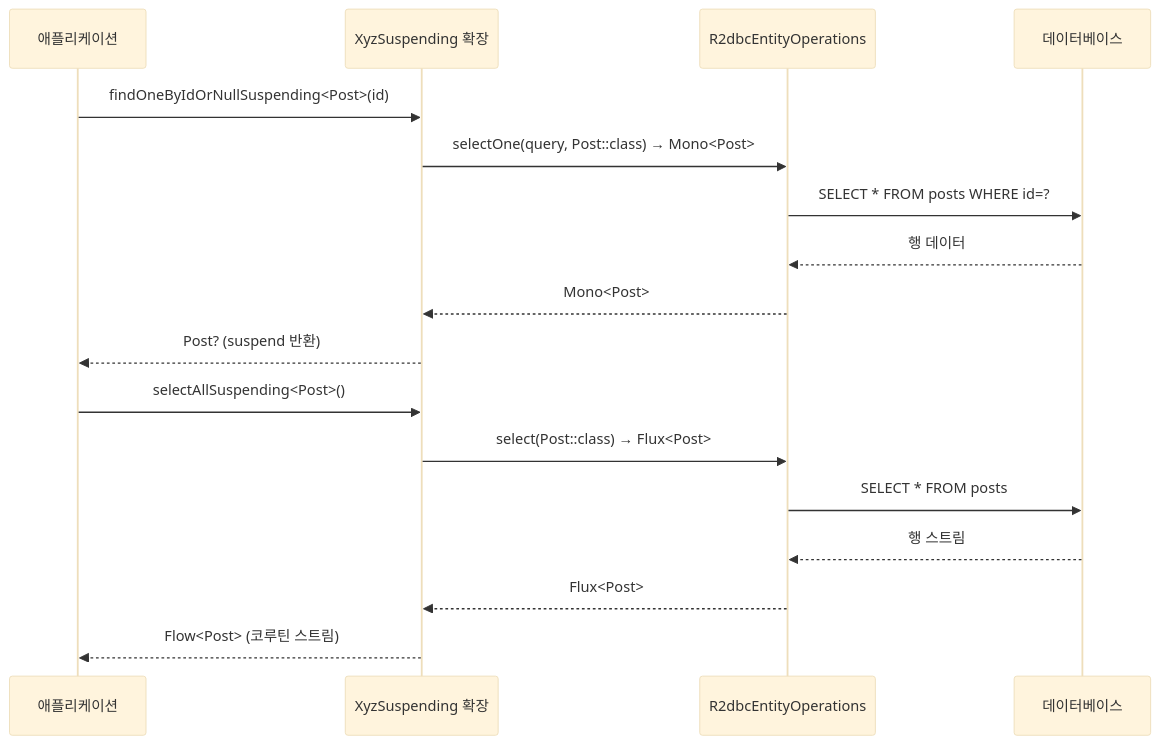
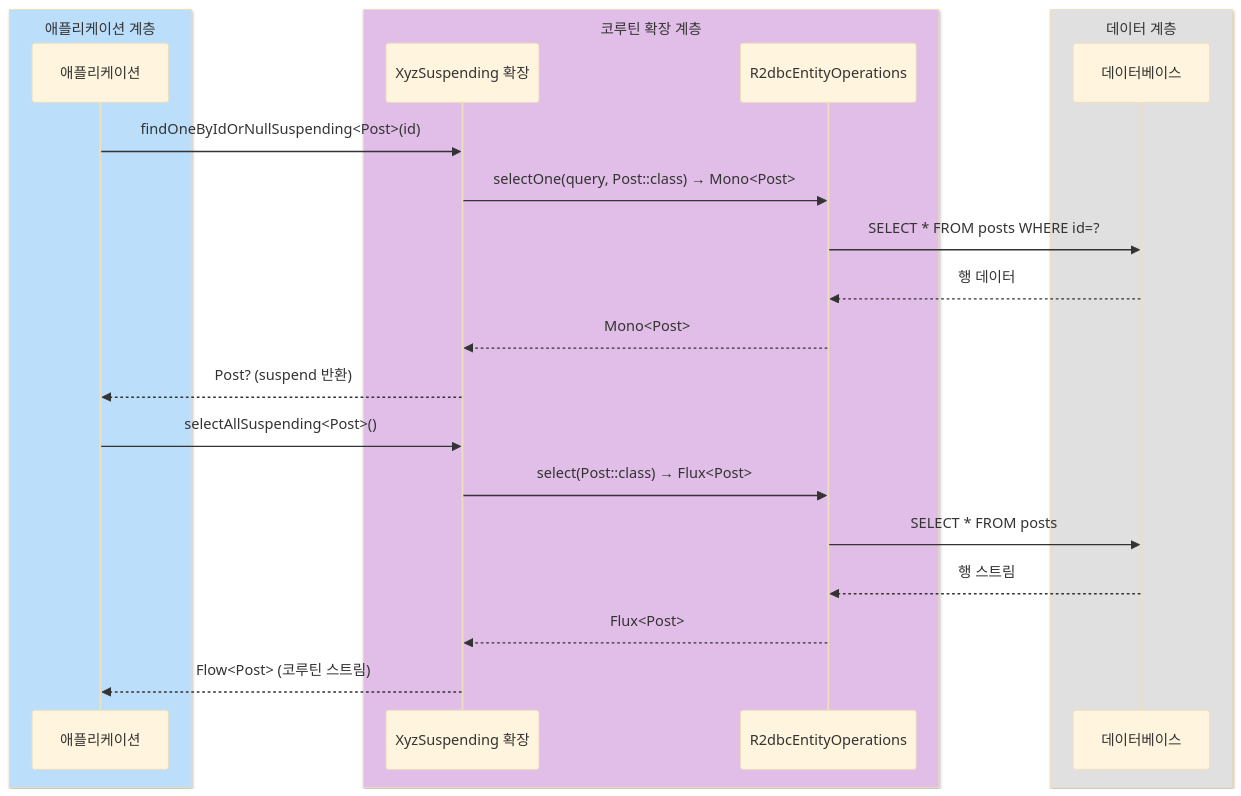
Before and after one commit to bluetape4k/bluetape4k-projects: the fourth of 4 diagrams in spring-boot4/r2dbc/README.ko.md, drawn with Mermaid (base theme). The commit also changed other lines of this file and 221 other files, not shown here.

First line of the commit message:
docs: 전체 모듈 README UML 다이어그램 보강 및 색상 업그레이드

````diff
--- a/spring-boot4/r2dbc/README.ko.md
+++ b/spring-boot4/r2dbc/README.ko.md
@@ -191,21 +218,27 @@
 ```mermaid
 sequenceDiagram
-    participant App as 애플리케이션
-    participant Ext as XyzSuspending 확장
-    participant Ops as R2dbcEntityOperations
-    participant DB as 데이터베이스
+    box rgb(187,222,251) 애플리케이션 계층
+        participant App as 애플리케이션
+    end
+    box rgb(225,190,231) 코루틴 확장 계층
+        participant Ext as XyzSuspending 확장
+        participant Ops as R2dbcEntityOperations
+    end
+    box rgb(224,224,224) 데이터 계층
+        participant DB as 데이터베이스
+    end
 
     App->>Ext: findOneByIdOrNullSuspending<Post>(id)
     Ext->>Ops: selectOne(query, Post::class) → Mono<Post>
     Ops->>DB: SELECT * FROM posts WHERE id=?
     DB-->>Ops: 행 데이터
     Ops-->>Ext: Mono<Post>
     Ext-->>App: Post? (suspend 반환)
 
     App->>Ext: selectAllSuspending<Post>()
     Ext->>Ops: select(Post::class) → Flux<Post>
     Ops->>DB: SELECT * FROM posts
     DB-->>Ops: 행 스트림
     Ops-->>Ext: Flux<Post>
     Ext-->>App: Flow<Post> (코루틴 스트림)
 ```
````
